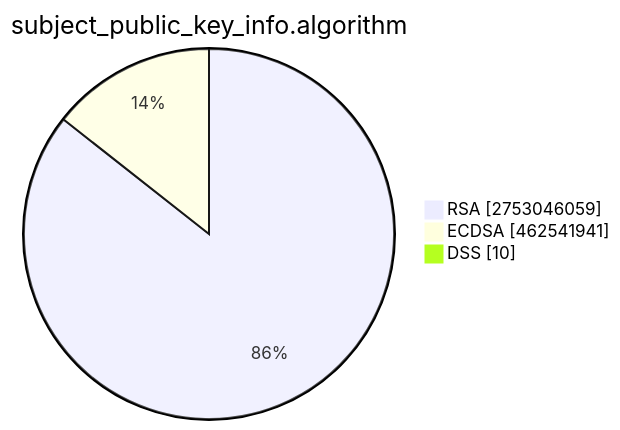
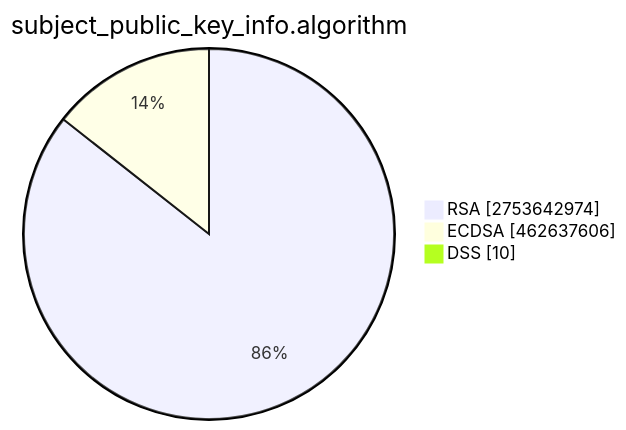
One commit to christiankrug/ctmonitor_visualization changed the second of 15 diagrams in TOTAL/README.md. Above: the diagram before and after it, drawn with Mermaid. The commit also changed other lines of this file, not shown here.

````diff
--- a/TOTAL/README.md
+++ b/TOTAL/README.md
@@ -6,7 +6,7 @@
 ```mermaid
 pie showData
 title subject_public_key_info.algorithm
-"RSA" :2753046059
-"ECDSA" :462541941
+"RSA" :2753642974
+"ECDSA" :462637606
 "DSS" :10
 ```
````
